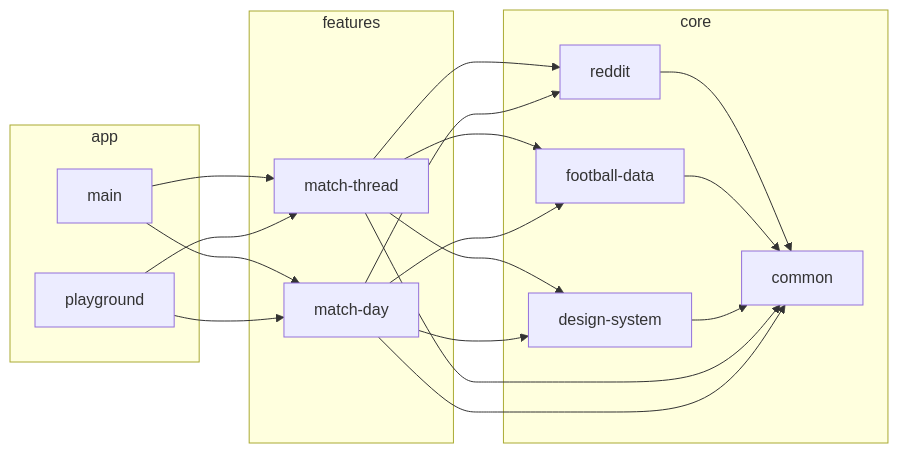
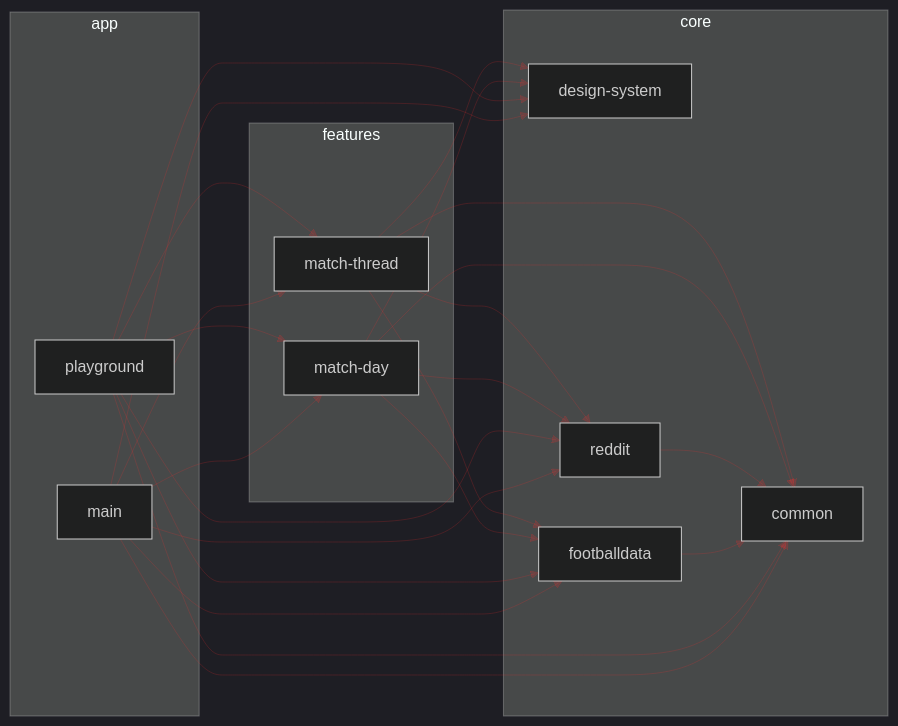
One commit to iurysza/livematch changed the diagram in README.md. Above: the diagram before and after it, drawn with Mermaid. The commit also changed other lines of this file and 2 other files, not shown here.

Commit message:
Create a task to generate a mermaid dependency diagram and append it to the README

````diff
--- a/README.md
+++ b/README.md
@@ -67,27 +70,54 @@
 ```mermaid
+%%{
+  init: {
+    'theme': 'dark',
+    'themeVariables': {
+      'primaryColor': '#C4C7B300',
+      'primaryTextColor': '#fff',
+      'primaryBorderColor': '#7C0000',
+      'lineColor': '#FF2F2F2F',
+      'secondaryColor': '#006100',
+      'tertiaryColor': '#fff'
+    }
+  }
+}%%
+
 graph LR
+  subgraph app
+    main
+    playground
+  end
   subgraph core
     common
-    reddit --> common
-    football-data --> common
-    design-system --> common
+    design-system
+    footballdata
+    reddit
   end
+  subgraph features
+    match-day
+    match-thread
+  end
+  main --> match-thread
+  main --> match-day
+  main --> footballdata
+  main --> reddit
+  main --> design-system
+  main --> common
+  playground --> match-thread
+  playground --> match-day
+  playground --> footballdata
+  playground --> reddit
+  playground --> design-system
+  playground --> common
+  footballdata --> common
+  reddit --> common
+  match-day --> common
+  match-day --> footballdata
+  match-day --> design-system
+  match-day --> reddit
+  match-thread --> common
+  match-thread --> footballdata
+  match-thread --> design-system
+  match-thread --> reddit
 
-  subgraph features
-    match-thread --> common
-    match-thread --> reddit
-    match-thread --> football-data
-    match-thread --> design-system
-    match-day --> common
-    match-day --> reddit
-    match-day --> football-data
-    match-day --> design-system
-  end
-
-  subgraph app
-    main --> match-day
-    playground --> match-day
-    main --> match-thread
-    playground --> match-thread
-  end
 ```
````
